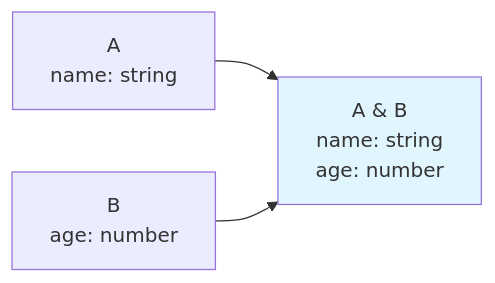
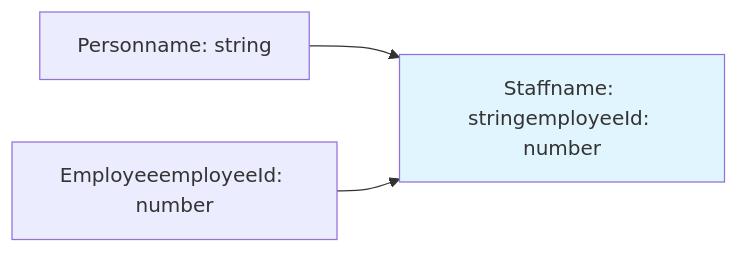
One commit to yangchanghun/Woowahan-ts-with-React changed the second of 3 diagrams in doeun/2장 타입/3장_고급_타입.md. Above: the diagram before and after it, drawn with Mermaid. The commit also changed other lines of this file, not shown here.

````diff
--- a/doeun/2장 타입/3장_고급_타입.md
+++ b/doeun/2장 타입/3장_고급_타입.md
@@ -268,7 +275,7 @@
 ```mermaid
 graph LR
-    A[A<br/>name: string] --> C[A & B<br/>name: string<br/>age: number]
-    B[B<br/>age: number] --> C
+    A[Personname: string] --> C[Staffname: stringemployeeId: number]
+    B[EmployeeemployeeId: number] --> C
     
     style C fill:#e1f5ff
 ```
````
